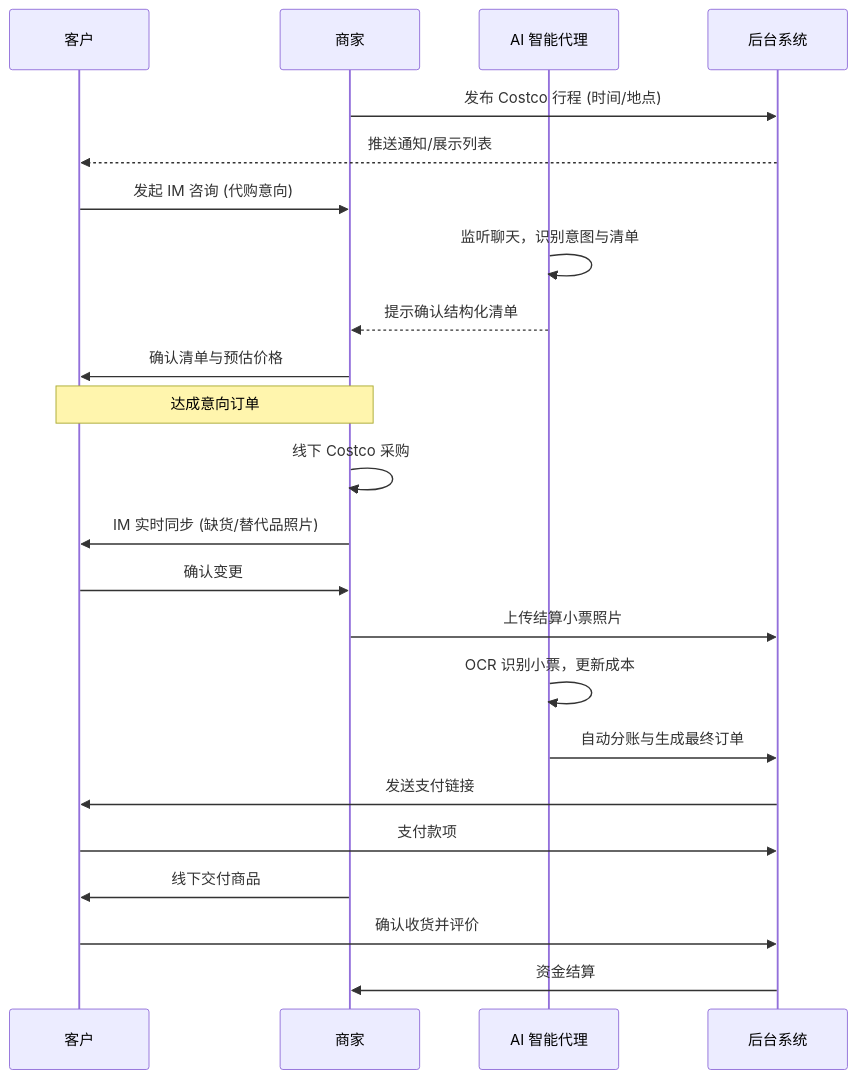
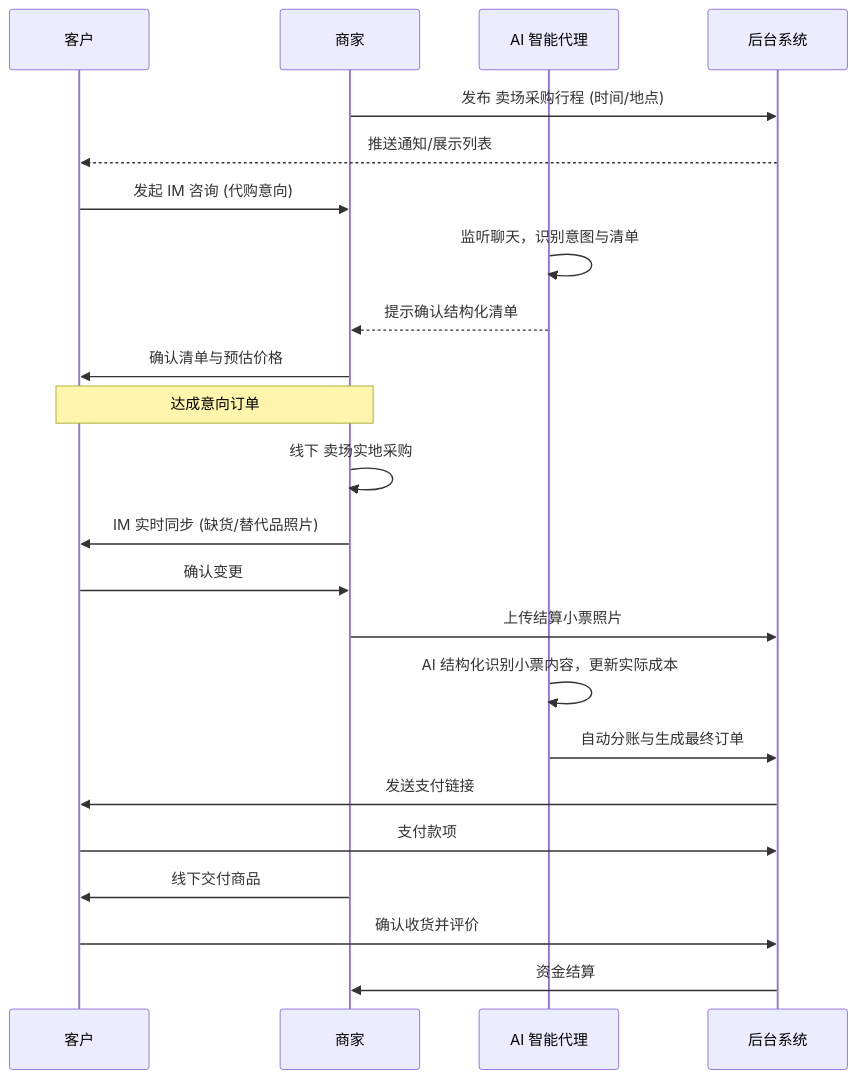
The diagram in docs/design/PROD-02-业务功能详细说明.md (sunshaoxuan/bobbuy), drawn with Mermaid before and after one commit. The commit also changed other lines of this file and 4 other files, not shown here.

````diff
--- a/docs/design/PROD-02-业务功能详细说明.md
+++ b/docs/design/PROD-02-业务功能详细说明.md
@@ -12,27 +12,27 @@
 ```mermaid
 sequenceDiagram
     participant C as 客户
     participant S as 商家
     participant AI as AI 智能代理
     participant Sys as 后台系统
 
-    S->>Sys: 发布 Costco 行程 (时间/地点)
+    S->>Sys: 发布 卖场采购行程 (时间/地点)
     Sys-->>C: 推送通知/展示列表
     C->>S: 发起 IM 咨询 (代购意向)
     AI->>AI: 监听聊天，识别意图与清单
     AI-->>S: 提示确认结构化清单
     S->>C: 确认清单与预估价格
     Note over C,S: 达成意向订单
 
-    S->>S: 线下 Costco 采购
+    S->>S: 线下 卖场实地采购
     S->>C: IM 实时同步 (缺货/替代品照片)
     C->>S: 确认变更
     S->>Sys: 上传结算小票照片
-    AI->>AI: OCR 识别小票，更新成本
+    AI->>AI: AI 结构化识别小票内容，更新实际成本
     AI->>Sys: 自动分账与生成最终订单
     Sys->>C: 发送支付链接
     C->>Sys: 支付款项
     S->>C: 线下交付商品
     C->>Sys: 确认收货并评价
-    Sys->>S: 资金结算
+    Sys->>S:资金结算
 ```
````
